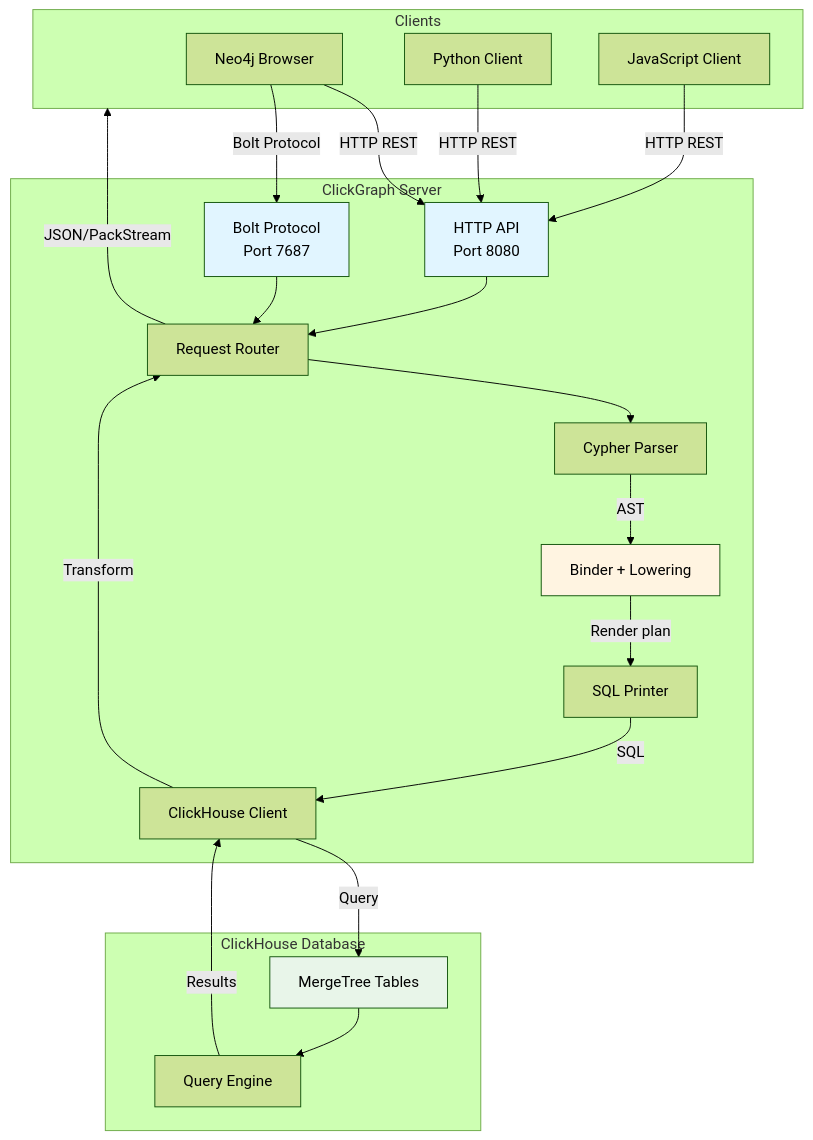
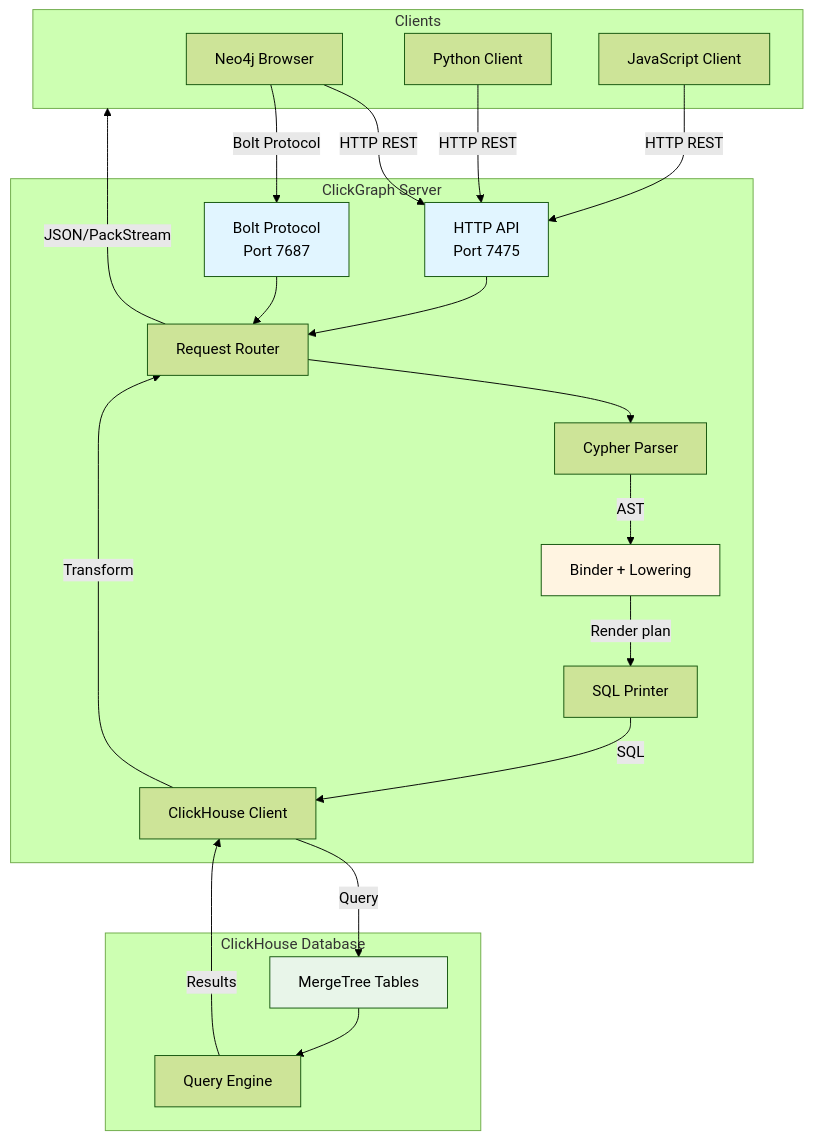
Before and after one commit to genezhang/clickgraph: the diagram in docs/wiki/Architecture-Internals.md, drawn with Mermaid (forest theme). The commit also changed other lines of this file and 48 other files, not shown here.

Commit message:
docs: name ClickGraph's real HTTP port, 7475, in every current doc (was stale 8080) (#1577)

````diff
--- a/docs/wiki/Architecture-Internals.md
+++ b/docs/wiki/Architecture-Internals.md
@@ -20,41 +20,41 @@
 ```mermaid
 flowchart TD
     subgraph Clients
         A1[Neo4j Browser]
         A2[Python Client]
         A3[JavaScript Client]
     end
     
     subgraph "ClickGraph Server"
-        B1[HTTP API<br/>Port 8080]
+        B1[HTTP API<br/>Port 7475]
         B2[Bolt Protocol<br/>Port 7687]
         C[Request Router]
         D[Cypher Parser]
         E[Binder + Lowering]
         F[SQL Printer]
         G[ClickHouse Client]
     end
     
     subgraph "ClickHouse Database"
         H[MergeTree Tables]
         I[Query Engine]
     end
     
     A1 & A2 & A3 -->|HTTP REST| B1
     A1 -->|Bolt Protocol| B2
     B1 & B2 --> C
     C --> D
     D -->|AST| E
     E -->|Render plan| F
     F -->|SQL| G
     G -->|Query| H
     H --> I
     I -->|Results| G
     G -->|Transform| C
     C -->|JSON/PackStream| Clients
     
     style B1 fill:#e1f5ff
     style B2 fill:#e1f5ff
     style E fill:#fff4e1
     style H fill:#e8f5e9
 ```
````
